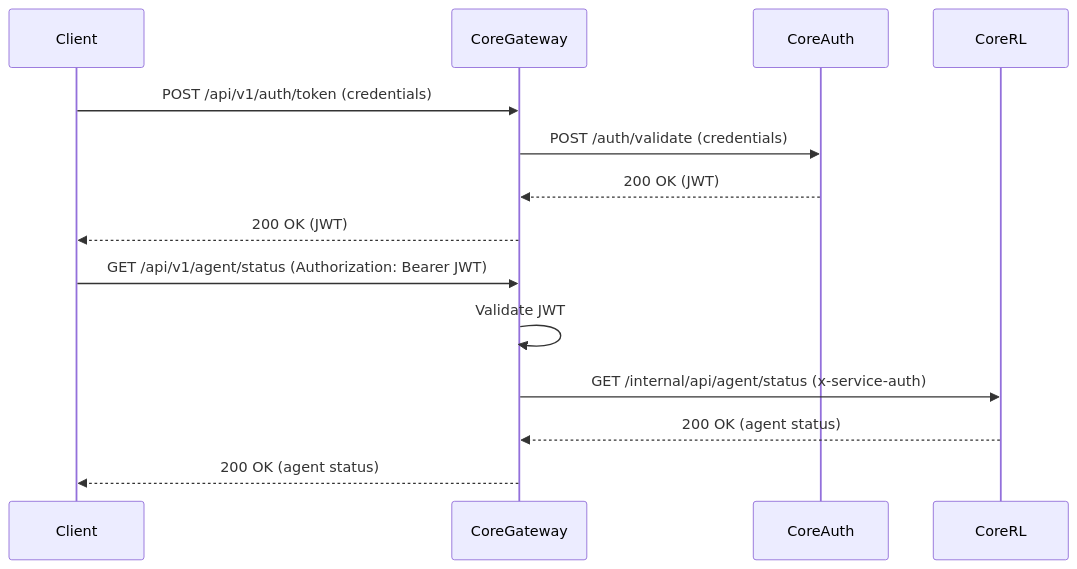
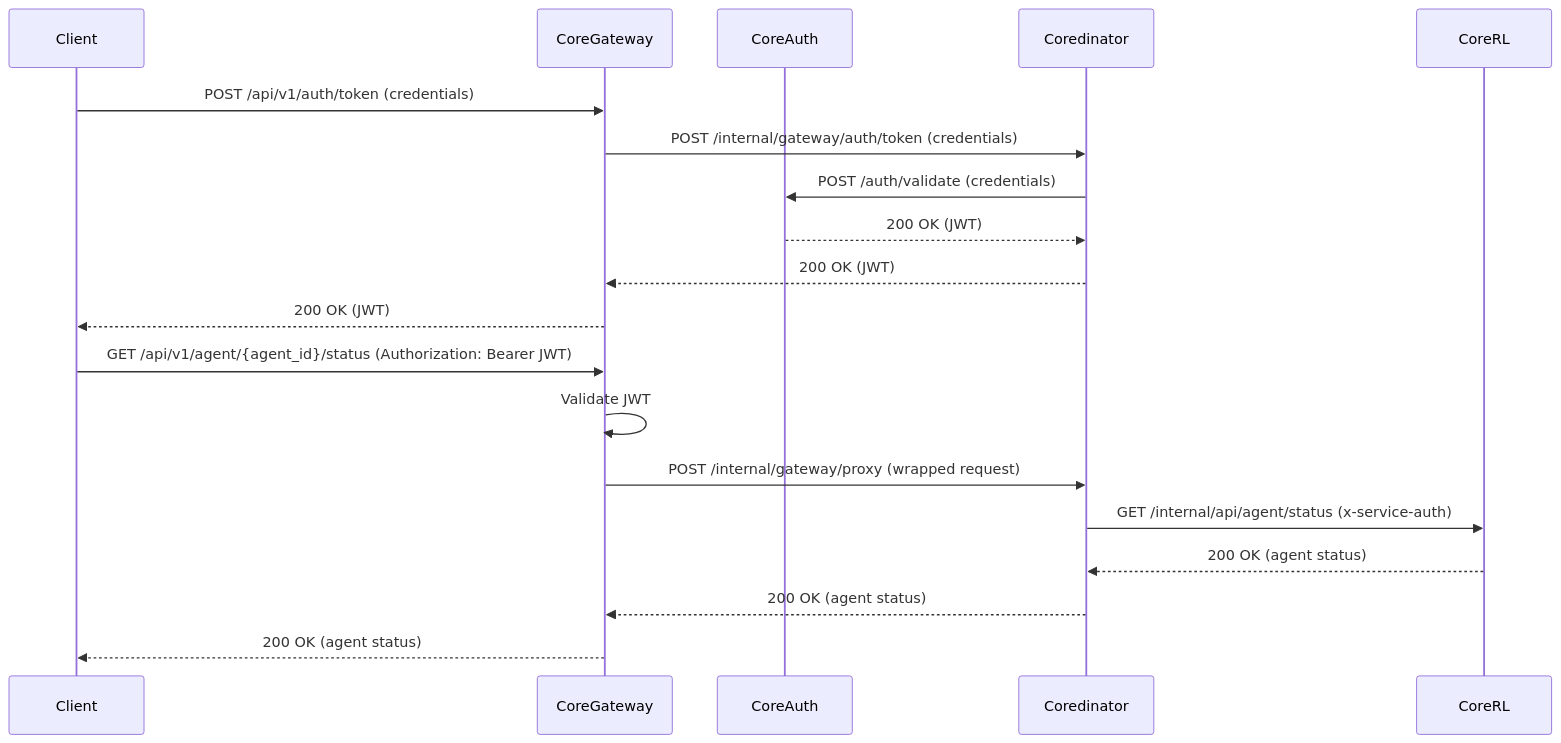
One commit to danilo-bangitjr-rlcore/cpp-ci-dev changed the second of 2 diagrams in docs/tech_spec/coregateway.md. Above: the diagram before and after it, drawn with Mermaid. The commit also changed other lines of this file and 2 other files, not shown here.

Commit message:
docs(tech_spec): move protocol translation responsibility to coredinator

````diff
--- a/docs/tech_spec/coregateway.md
+++ b/docs/tech_spec/coregateway.md
@@ -95,18 +94,23 @@
 ```mermaid
 sequenceDiagram
     participant Client
     participant CoreGateway
     participant CoreAuth
+    participant Coredinator
     participant CoreRL
 
     Client->>CoreGateway: POST /api/v1/auth/token (credentials)
-    CoreGateway->>CoreAuth: POST /auth/validate (credentials)
-    CoreAuth-->>CoreGateway: 200 OK (JWT)
+    CoreGateway->>Coredinator: POST /internal/gateway/auth/token (credentials)
+    Coredinator->>CoreAuth: POST /auth/validate (credentials)
+    CoreAuth-->>Coredinator: 200 OK (JWT)
+    Coredinator-->>CoreGateway: 200 OK (JWT)
     CoreGateway-->>Client: 200 OK (JWT)
 
-    Client->>CoreGateway: GET /api/v1/agent/status (Authorization: Bearer JWT)
+  Client->>CoreGateway: GET /api/v1/agent/{agent_id}/status (Authorization: Bearer JWT)
     CoreGateway->>CoreGateway: Validate JWT
-    CoreGateway->>CoreRL: GET /internal/api/agent/status (x-service-auth)
-    CoreRL-->>CoreGateway: 200 OK (agent status)
+    CoreGateway->>Coredinator: POST /internal/gateway/proxy (wrapped request)
+    Coredinator->>CoreRL: GET /internal/api/agent/status (x-service-auth)
+    CoreRL-->>Coredinator: 200 OK (agent status)
+    Coredinator-->>CoreGateway: 200 OK (agent status)
     CoreGateway-->>Client: 200 OK (agent status)
 ```
````
